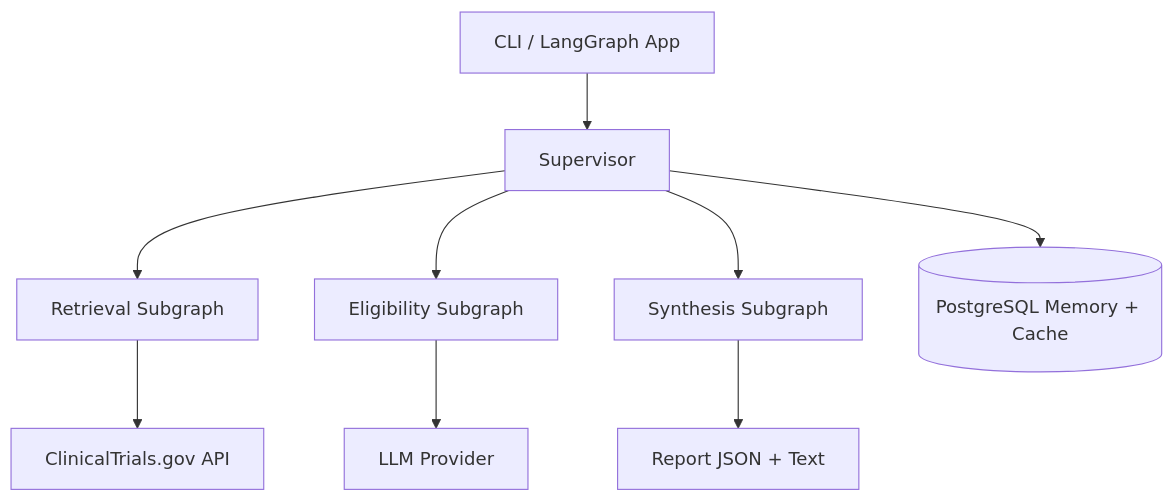
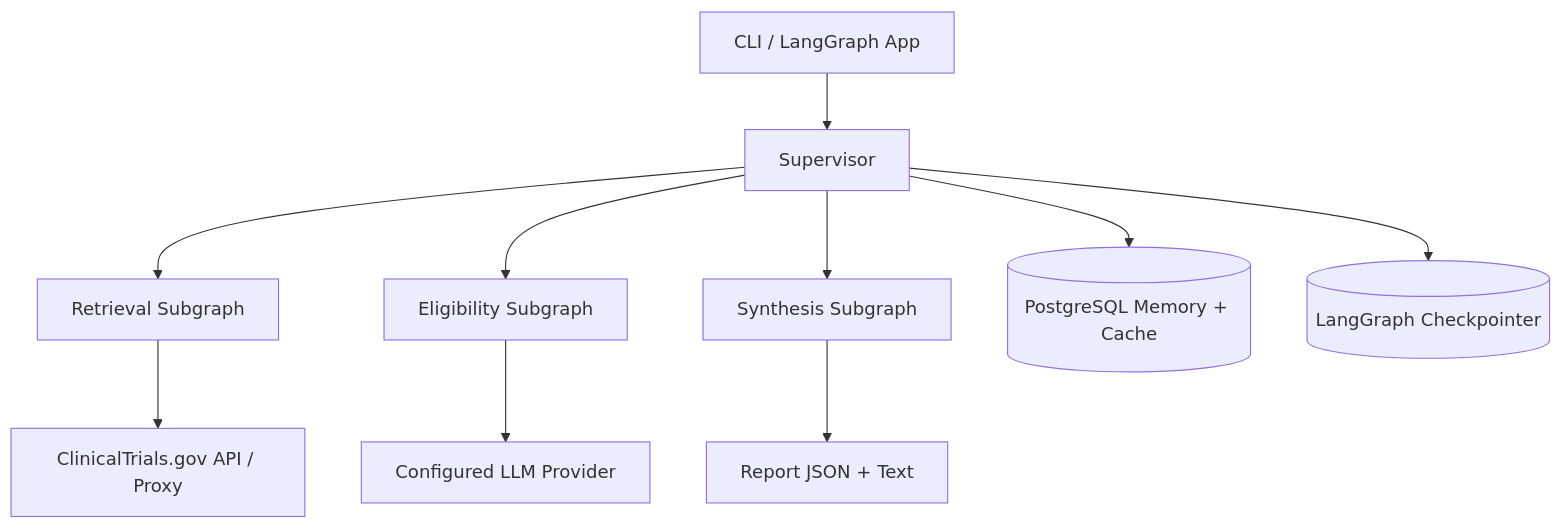
Before and after one commit to Chrisolande/clinical_trial_agent: the diagram in README.md, drawn with Mermaid. The commit also changed other lines of this file, not shown here.

````diff
--- a/README.md
+++ b/README.md
@@ -25,12 +29,13 @@
 ```mermaid
 flowchart TD
     CLI[CLI / LangGraph App] --> SUP[Supervisor]
     SUP --> RET[Retrieval Subgraph]
     SUP --> ELI[Eligibility Subgraph]
     SUP --> SYN[Synthesis Subgraph]
 
-    RET --> CTGOV[ClinicalTrials.gov API]
-    ELI --> LLM[LLM Provider]
+    RET --> CTGOV[ClinicalTrials.gov API / Proxy]
+    ELI --> LLM[Configured LLM Provider]
     SUP --> DB[(PostgreSQL Memory + Cache)]
+    SUP --> CHK[(LangGraph Checkpointer)]
     SYN --> OUT[Report JSON + Text]
 ```
````
